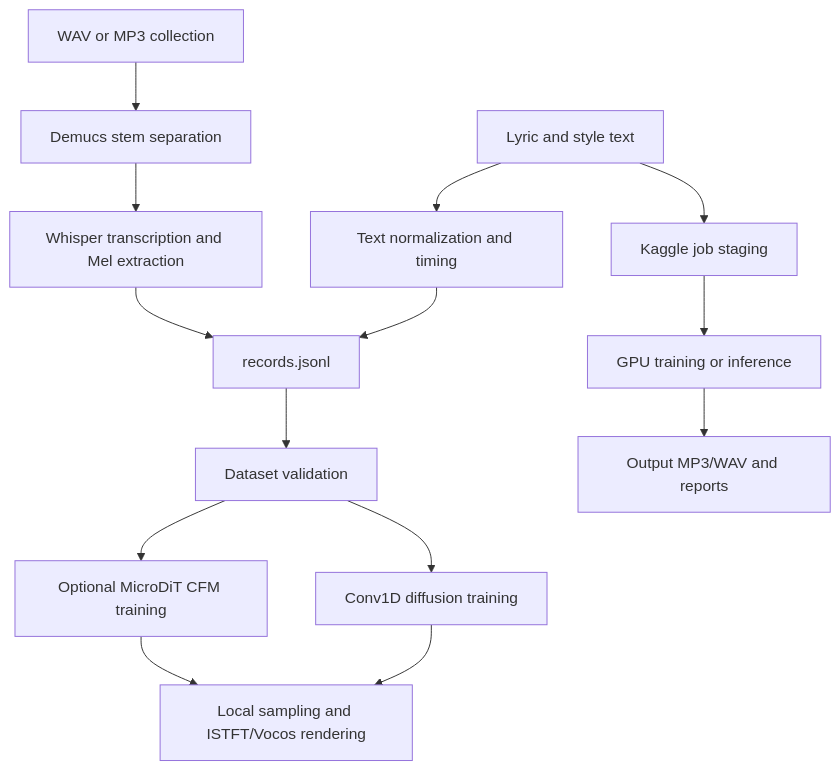
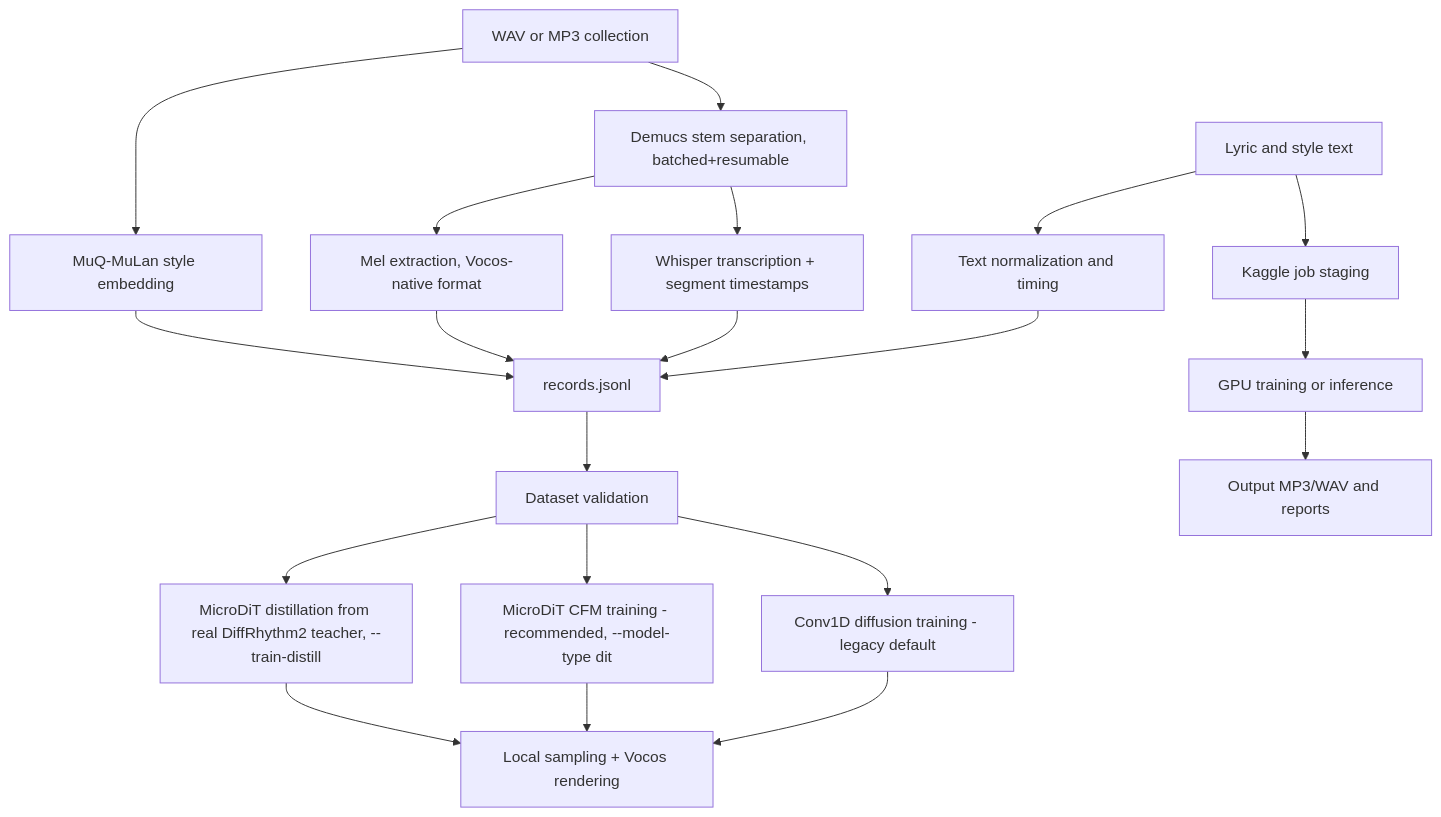
The diagram in docs/architecture.md (nhuy5602/GenMusic), drawn with Mermaid before and after one commit. The commit also changed other lines of this file and 6 other files, not shown here.

Commit message:
docs: fix stale claims and update for current architecture

````diff
--- a/docs/architecture.md
+++ b/docs/architecture.md
@@ -9,16 +9,22 @@
 ```mermaid
 flowchart TD
     A[Lyric and style text] --> B[Text normalization and timing]
-    C[WAV or MP3 collection] --> D[Demucs stem separation]
-    D --> E[Whisper transcription and Mel extraction]
+    C[WAV or MP3 collection] --> D[Demucs stem separation, batched+resumable]
+    C --> S[MuQ-MuLan style embedding]
+    D --> E[Whisper transcription + segment timestamps]
+    D --> M2[Mel extraction, Vocos-native format]
     B --> F[records.jsonl]
     E --> F
+    M2 --> F
+    S --> F
     F --> G[Dataset validation]
-    G --> H[Conv1D diffusion training]
-    G --> I[Optional MicroDiT CFM training]
-    H --> J[Local sampling and ISTFT/Vocos rendering]
+    G --> H[Conv1D diffusion training - legacy default]
+    G --> I[MicroDiT CFM training - recommended, --model-type dit]
+    G --> DI[MicroDiT distillation from real DiffRhythm2 teacher, --train-distill]
+    H --> J[Local sampling + Vocos rendering]
     I --> J
+    DI --> J
     A --> K[Kaggle job staging]
     K --> L[GPU training or inference]
     L --> M[Output MP3/WAV and reports]
 ```
````
